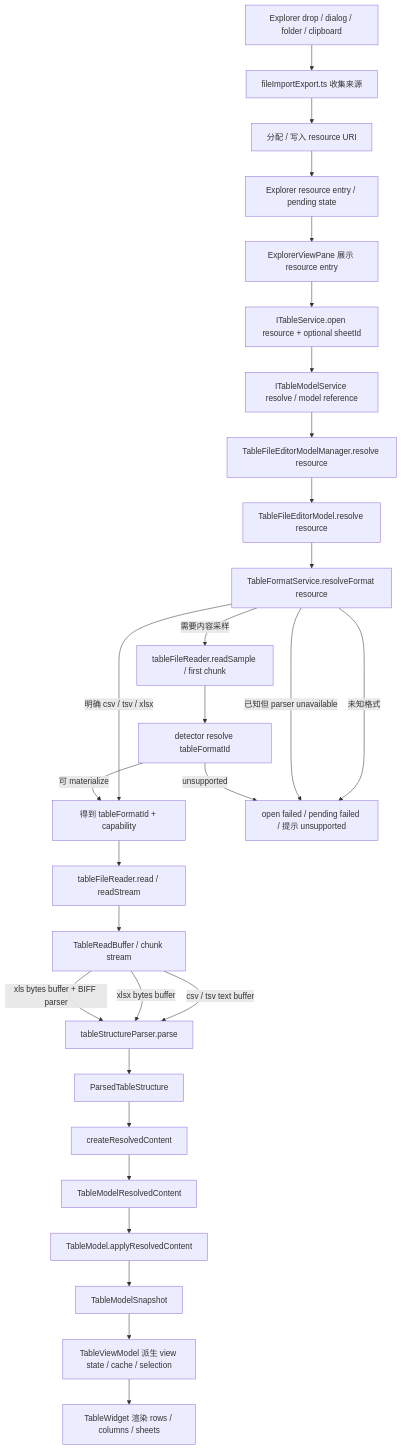
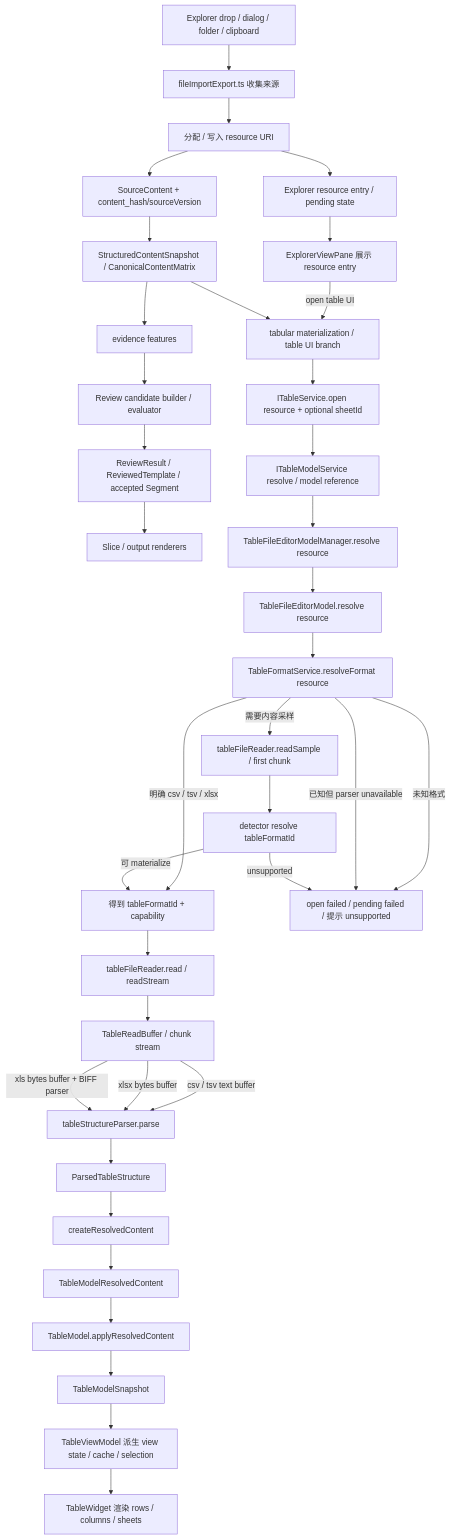
Before and after one commit to chogng/conductor: the second of 3 diagrams in .github/README.md, drawn with Mermaid. The commit also changed other lines of this file and 7 other files, not shown here.

Commit message:
docs: align review docs with uri content evidence

````diff
--- a/.github/README.md
+++ b/.github/README.md
@@ -309,31 +307,41 @@
 ```mermaid
 flowchart TD
   A[Explorer drop / dialog / folder / clipboard] --> B[fileImportExport.ts 收集来源]
   B --> C[分配 / 写入 resource URI]
-  C --> D[Explorer resource entry / pending state]
-  D --> E[ExplorerViewPane 展示 resource entry]
-  E --> F[ITableService.open resource + optional sheetId]
+  C --> D[SourceContent + content_hash/sourceVersion]
+  D --> E[StructuredContentSnapshot / CanonicalContentMatrix]
+
+  E --> EF[evidence features]
+  EF --> R[Review candidate builder / evaluator]
+  R --> S[ReviewResult / ReviewedTemplate / accepted Segment]
+  S --> X[Slice / output renderers]
+
+  C --> P[Explorer resource entry / pending state]
+  P --> O[ExplorerViewPane 展示 resource entry]
+  O -->|open table UI| T[tabular materialization / table UI branch]
+  E --> T
+  T --> F[ITableService.open resource + optional sheetId]
   F --> G[ITableModelService resolve / model reference]
   G --> H[TableFileEditorModelManager.resolve resource]
   H --> I[TableFileEditorModel.resolve resource]
   I --> J[TableFormatService.resolveFormat resource]
   J -->|明确 csv / tsv / xlsx| K[得到 tableFormatId + capability]
   J -->|未知格式| U[open failed / pending failed / 提示 unsupported]
   J -->|已知但 parser unavailable| U
-  J -->|需要内容采样| S[tableFileReader.readSample / first chunk]
-  S --> T[detector resolve tableFormatId]
-  T -->|unsupported| U
-  T -->|可 materialize| K
+  J -->|需要内容采样| SA[tableFileReader.readSample / first chunk]
+  SA --> DT[detector resolve tableFormatId]
+  DT -->|unsupported| U
+  DT -->|可 materialize| K
   K --> L[tableFileReader.read / readStream]
   L --> RB[TableReadBuffer / chunk stream]
   RB -->|csv / tsv text buffer| M[tableStructureParser.parse]
   RB -->|xlsx bytes buffer| M
   RB -->|xls bytes buffer + BIFF parser| M
   M --> N[ParsedTableStructure]
-  N --> O[createResolvedContent]
-  O --> P[TableModelResolvedContent]
-  P --> Q[TableModel.applyResolvedContent]
-  Q --> R[TableModelSnapshot]
-  R --> V[TableViewModel 派生 view state / cache / selection]
-  V --> W[TableWidget 渲染 rows / columns / sheets]
+  N --> RC[createResolvedContent]
+  RC --> TMRC[TableModelResolvedContent]
+  TMRC --> TM[TableModel.applyResolvedContent]
+  TM --> TMS[TableModelSnapshot]
+  TMS --> VM[TableViewModel 派生 view state / cache / selection]
+  VM --> W[TableWidget 渲染 rows / columns / sheets]
 ```
````
